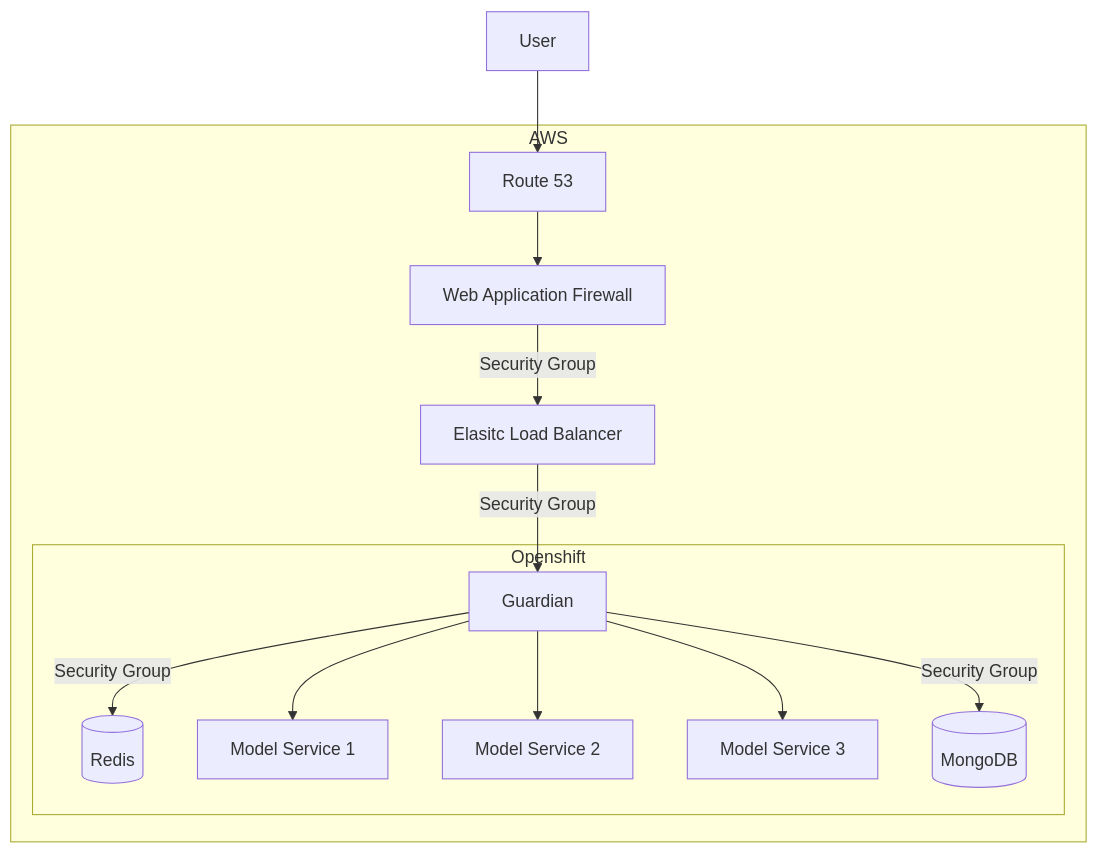
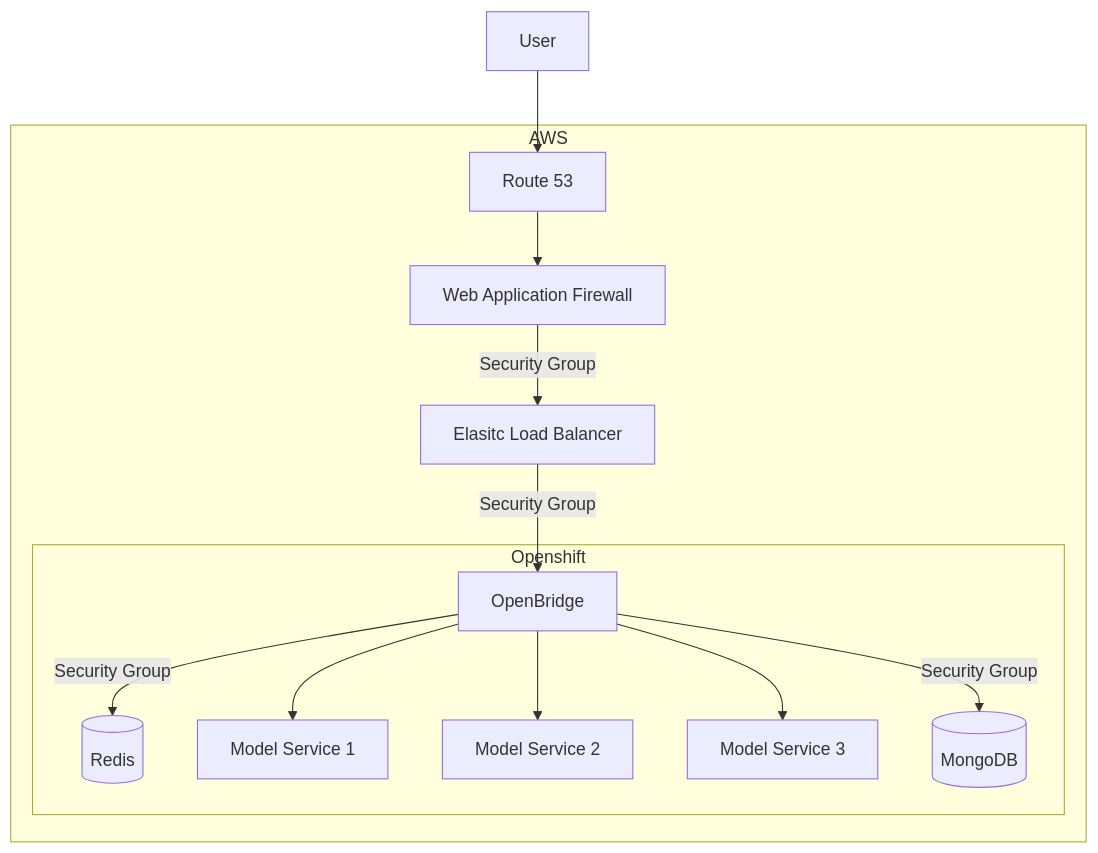
One commit to acceleratedscience/bridge changed the second of 2 diagrams in doc/architecture.md. Above: the diagram before and after it, drawn with Mermaid. The commit also changed other lines of this file and 76 other files, not shown here.

````diff
--- a/doc/architecture.md
+++ b/doc/architecture.md
@@ -60,25 +67,25 @@
 ```mermaid
 flowchart TD
 	user["User"]
 	route["Route 53"]
 	elb["Elasitc Load Balancer"]
 	waf["Web Application Firewall"]
 	redis[("Redis")]
-	guardian["Guardian"]
+	ob["OpenBridge"]
 	model1["Model Service 1"]
 	model2["Model Service 2"]
 	model3["Model Service 3"]
 	mongodb[("MongoDB")]
 
 	user --> route
 	subgraph "AWS"
-	route --> waf -- Security  Group --> elb -- Security Group --> guardian
+	route --> waf -- Security  Group --> elb -- Security Group --> ob
 	subgraph "Openshift"
-	guardian -- Security Group --> mongodb
-	guardian -- Security Group --> redis
-	guardian --> model1
-	guardian --> model2
-	guardian --> model3
+	ob -- Security Group --> mongodb
+	ob -- Security Group --> redis
+	ob --> model1
+	ob --> model2
+	ob --> model3
 	end
 	end
 ```
````
